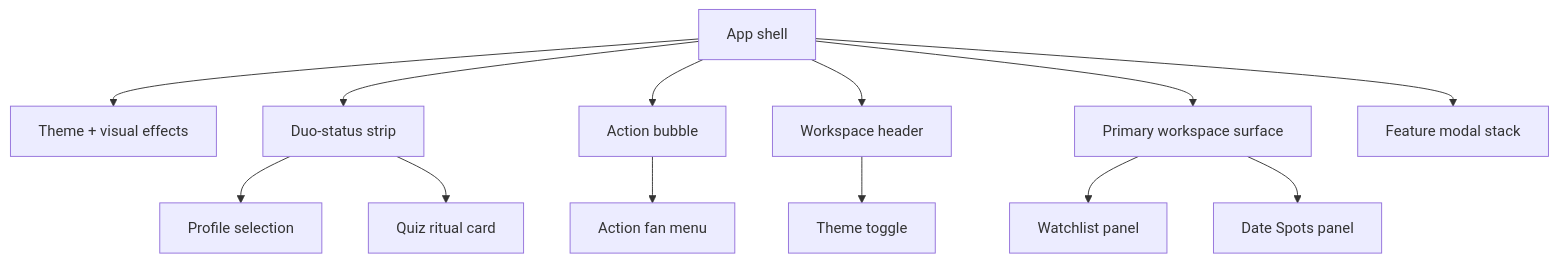
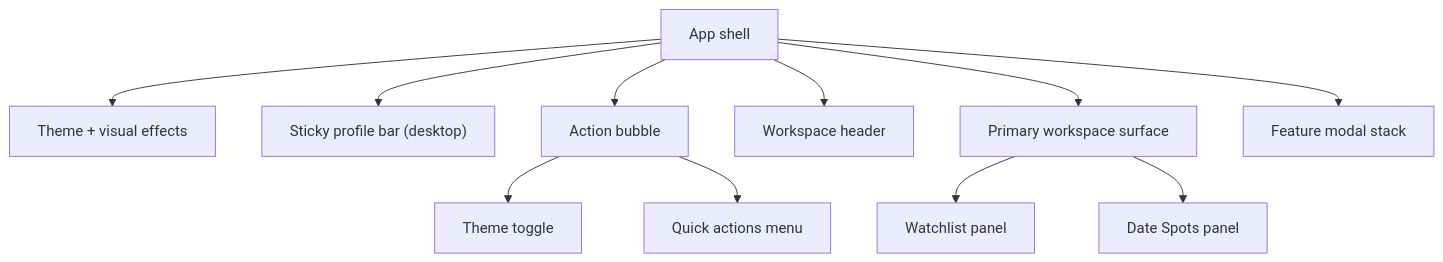
One commit to guitarbeat/electron changed the diagram in docs/SITE_LAYOUT.md. Above: the diagram before and after it, drawn with Mermaid. The commit also changed other lines of this file and 7 other files, not shown here.

````diff
--- a/docs/SITE_LAYOUT.md
+++ b/docs/SITE_LAYOUT.md
@@ -176,16 +161,14 @@
 ```mermaid
 flowchart TD
   App["App shell"]
   App --> Effects["Theme + visual effects"]
-  App --> Duo["Duo-status strip"]
-  Duo --> Profiles["Profile selection"]
-  Duo --> Quiz["Quiz ritual card"]
+  App --> Profiles["Sticky profile bar (desktop)"]
   App --> Bubble["Action bubble"]
-  Bubble --> Fan["Action fan menu"]
+  Bubble --> Toggle["Theme toggle"]
+  Bubble --> Fan["Quick actions menu"]
   App --> Header["Workspace header"]
-  Header --> Toggle["Theme toggle"]
   App --> Surface["Primary workspace surface"]
   Surface --> Watch["Watchlist panel"]
   Surface --> Places["Date Spots panel"]
   App --> Modal["Feature modal stack"]
 ```
````
